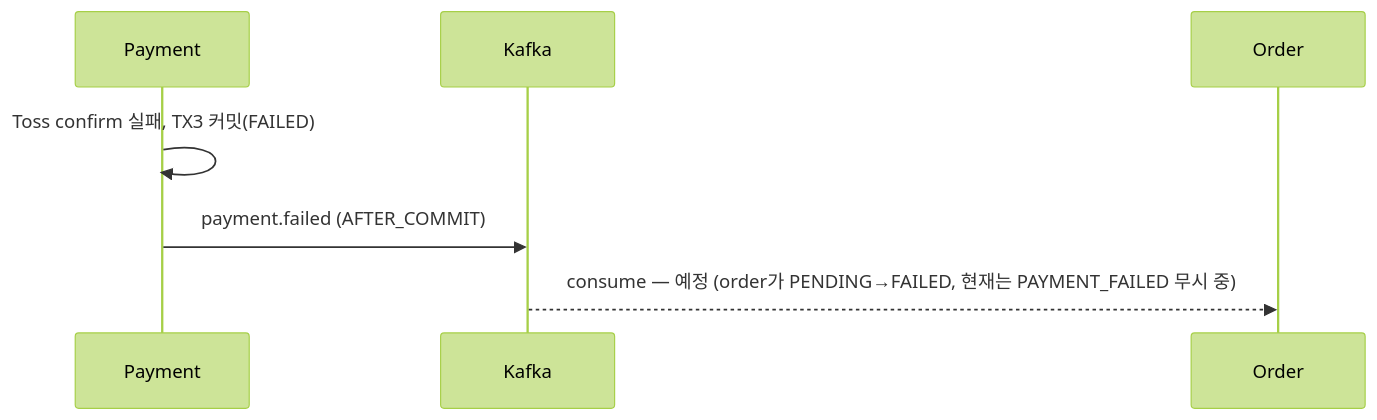
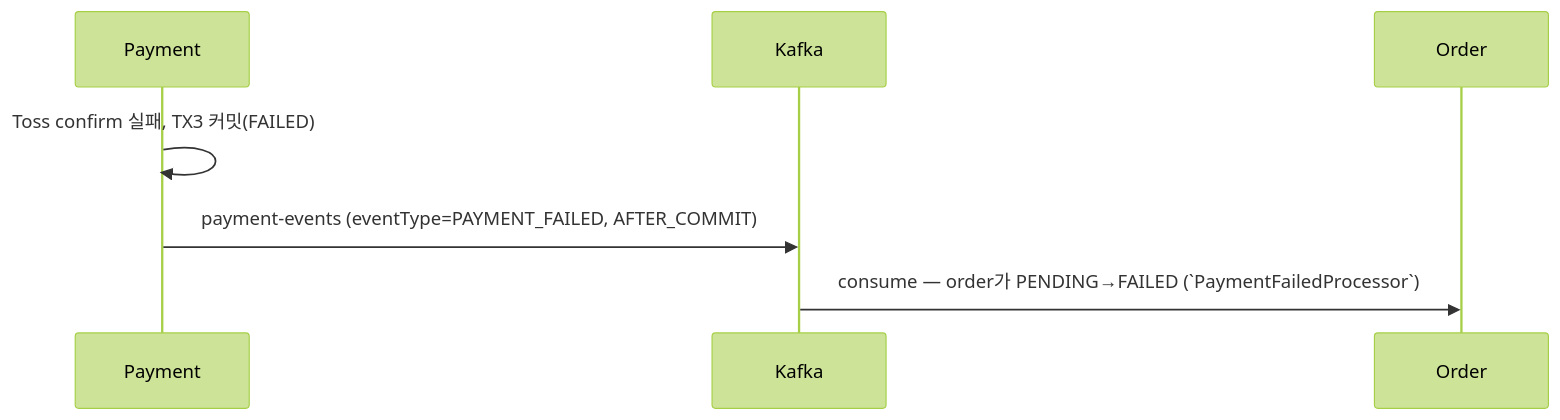
The fourth of 4 diagrams in docs/architecture/event-flow.md (prgrms-be-adv-devcourse/beadv6_6_3JMT_BE), drawn with Mermaid (forest theme) before and after one commit. The commit also changed other lines of this file, not shown here.

First line of the commit message:
docs: payment 이벤트 토픽 정보 오류 수정

````diff
--- a/docs/architecture/event-flow.md
+++ b/docs/architecture/event-flow.md
@@ -107,10 +108,10 @@
 ```mermaid
 sequenceDiagram
     participant PAY as Payment
     participant K as Kafka
     participant ORD as Order
 
     PAY->>PAY: Toss confirm 실패, TX3 커밋(FAILED)
-    PAY->>K: payment.failed (AFTER_COMMIT)
-    K-->>ORD: consume — 예정 (order가 PENDING→FAILED, 현재는 PAYMENT_FAILED 무시 중)
+    PAY->>K: payment-events (eventType=PAYMENT_FAILED, AFTER_COMMIT)
+    K->>ORD: consume — order가 PENDING→FAILED (`PaymentFailedProcessor`)
 ```
````
